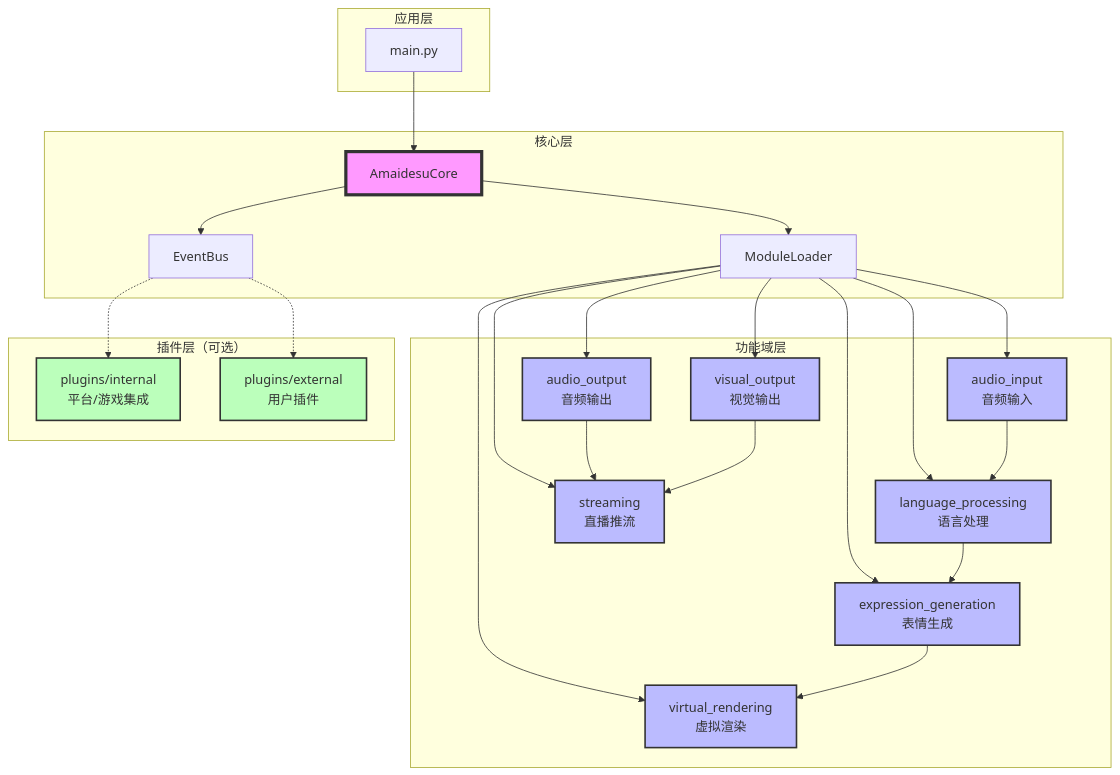
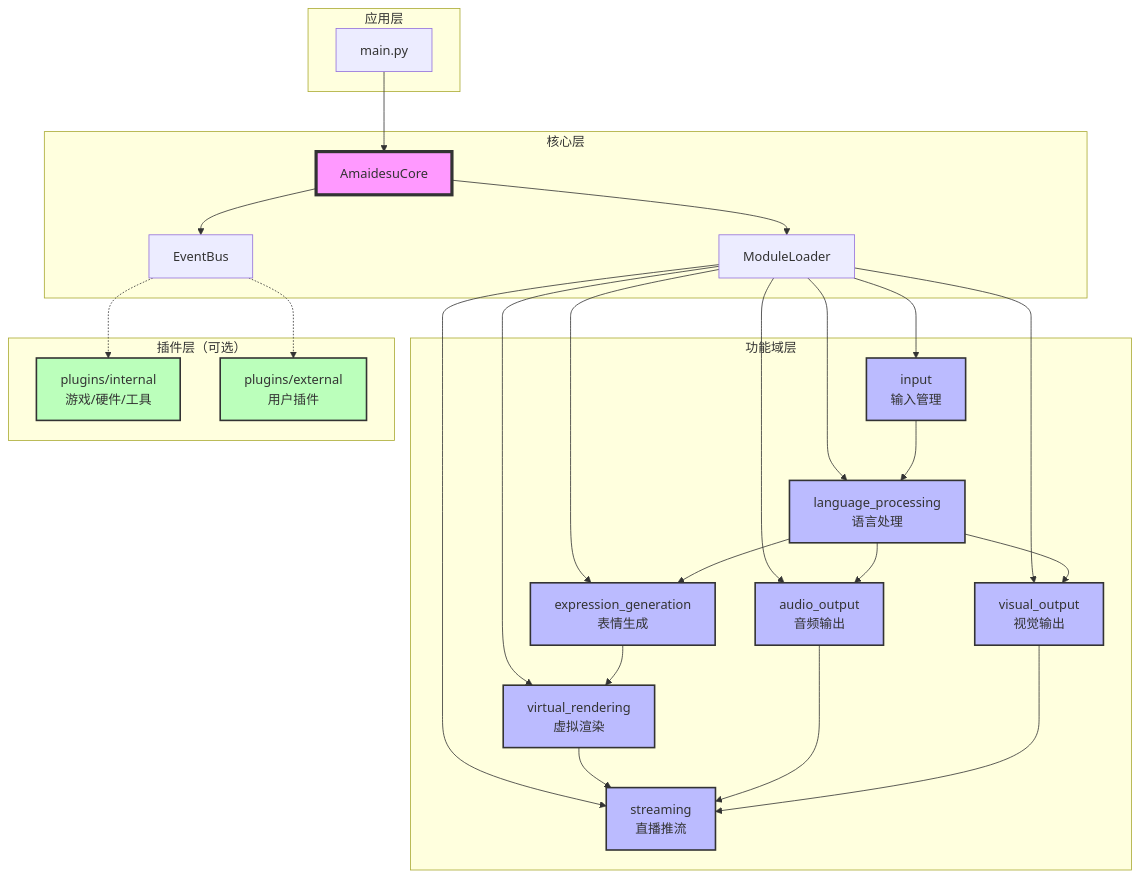
Before and after one commit to Mai-with-u/Amaidesu: the fourth of 5 diagrams in refactor.md, drawn with Mermaid. The commit also changed other lines of this file, not shown here.

````diff
--- a/refactor.md
+++ b/refactor.md
@@ -1434,59 +1181,62 @@
 ```mermaid
 graph TB
     subgraph "应用层"
         Main[main.py]
     end
 
     subgraph "核心层"
         Core[AmaidesuCore]
         EventBus[EventBus]
         ModuleLoader[ModuleLoader]
     end
 
     subgraph "功能域层"
-        AudioIn[audio_input<br/>音频输入]
+        Input[input<br/>输入管理]
         LangProc[language_processing<br/>语言处理]
         ExprGen[expression_generation<br/>表情生成]
         VirtRend[virtual_rendering<br/>虚拟渲染]
         AudioOut[audio_output<br/>音频输出]
         VisOut[visual_output<br/>视觉输出]
         Stream[streaming<br/>直播推流]
     end
 
     subgraph "插件层（可选）"
-        PluginInt[plugins/internal<br/>平台/游戏集成]
+        PluginInt[plugins/internal<br/>游戏/硬件/工具]
         PluginExt[plugins/external<br/>用户插件]
     end
 
     Main --> Core
     Core --> EventBus
     Core --> ModuleLoader
 
-    ModuleLoader --> AudioIn
+    ModuleLoader --> Input
     ModuleLoader --> LangProc
     ModuleLoader --> ExprGen
     ModuleLoader --> VirtRend
     ModuleLoader --> AudioOut
     ModuleLoader --> VisOut
     ModuleLoader --> Stream
 
-    AudioIn --> LangProc
+    Input --> LangProc
     LangProc --> ExprGen
     ExprGen --> VirtRend
+    LangProc --> AudioOut
+    LangProc --> VisOut
+    VirtRend --> Stream
     AudioOut --> Stream
     VisOut --> Stream
 
     EventBus -.-> PluginInt
     EventBus -.-> PluginExt
 
     style Core fill:#f9f,stroke:#333,stroke-width:4px
-    style AudioIn fill:#bbf,stroke:#333,stroke-width:2px
+    style Input fill:#bbf,stroke:#333,stroke-width:2px
     style LangProc fill:#bbf,stroke:#333,stroke-width:2px
     style ExprGen fill:#bbf,stroke:#333,stroke-width:2px
     style VirtRend fill:#bbf,stroke:#333,stroke-width:2px
     style AudioOut fill:#bbf,stroke:#333,stroke-width:2px
     style VisOut fill:#bbf,stroke:#333,stroke-width:2px
     style Stream fill:#bbf,stroke:#333,stroke-width:2px
     style PluginInt fill:#bfb,stroke:#333,stroke-width:2px
     style PluginExt fill:#bfb,stroke:#333,stroke-width:2px
 ```
````
